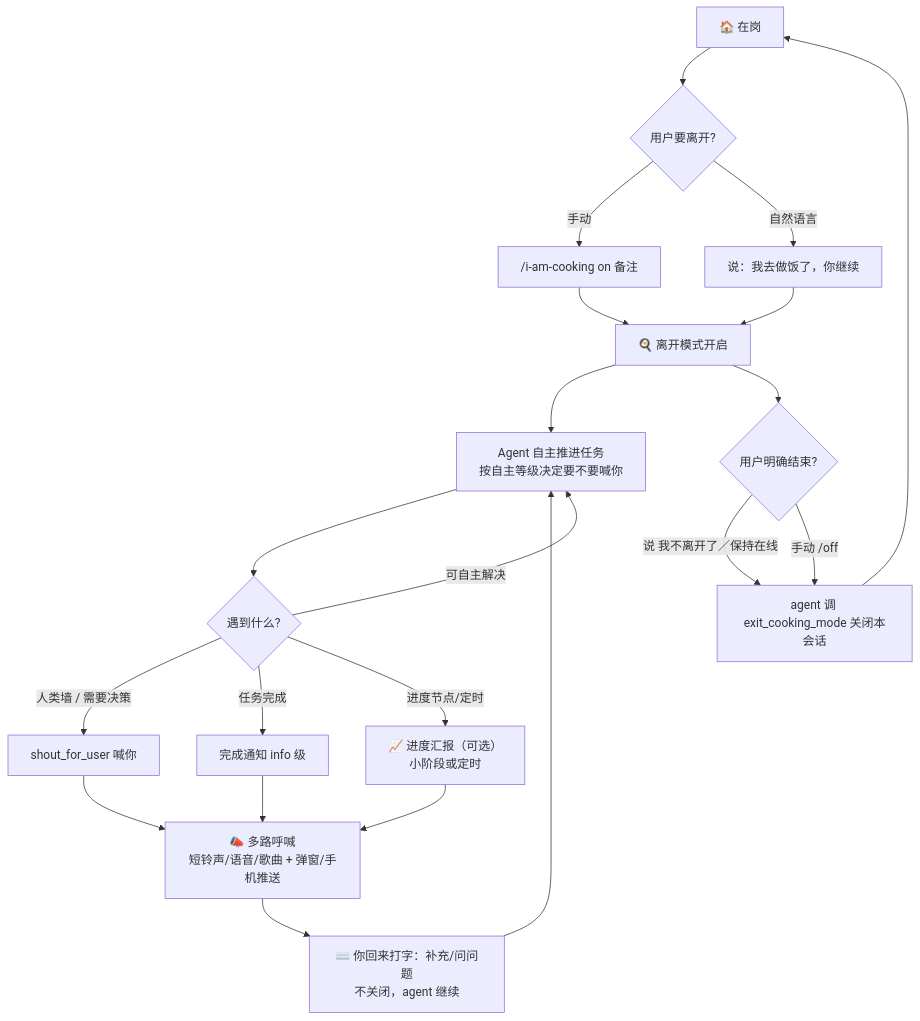
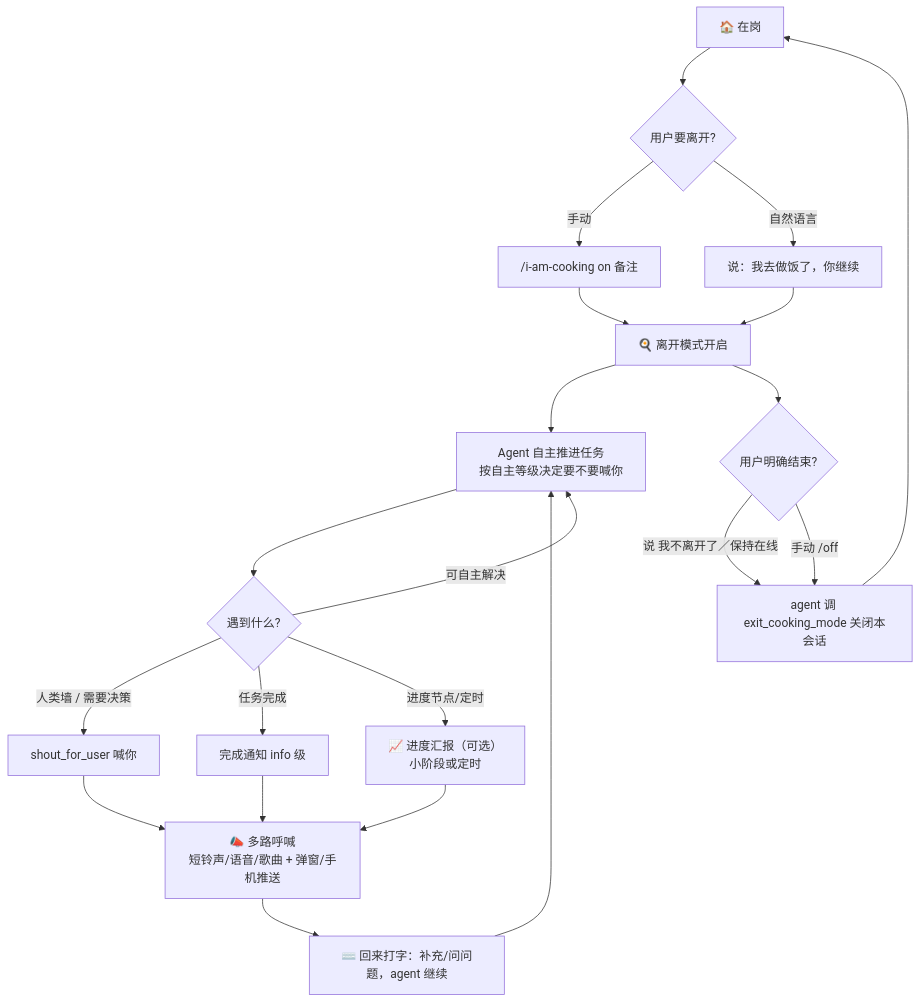
Before and after one commit to Nita121388/i-am-cooking: the diagram in README.md, drawn with Mermaid. The commit also changed other lines of this file and 3 other files, not shown here.

````diff
--- a/README.md
+++ b/README.md
@@ -35,23 +36,23 @@
 ```mermaid
 flowchart TD
     A[🏠 在岗] --> B{用户要离开?}
     B -->|手动| C["/i-am-cooking on 备注"]
     B -->|自然语言| D["说：我去做饭了，你继续"]
     C --> E[🍳 离开模式开启]
     D --> E
     E --> F[Agent 自主推进任务<br/>按自主等级决定要不要喊你]
     F --> G{遇到什么?}
     G -->|人类墙 / 需要决策| H["shout_for_user 喊你"]
     G -->|任务完成| I["完成通知 info 级"]
     G -->|可自主解决| F
     G -->|进度节点/定时| P["📈 进度汇报（可选）<br/>小阶段或定时"]
     H --> J[📣 多路呼喊<br/>短铃声/语音/歌曲 + 弹窗/手机推送]
     I --> J
     P --> J
-    J --> K["⌨️ 你回来打字：补充/问问题<br/>不关闭，agent 继续"]
+    J --> K["⌨️ 回来打字：补充/问问题，agent 继续"]
     K --> F
     E --> M{用户明确结束?}
     M -->|说 我不离开了／保持在线| N["agent 调 exit_cooking_mode 关闭本会话"]
     M -->|手动 /off| N
     N --> A
 ```
````
